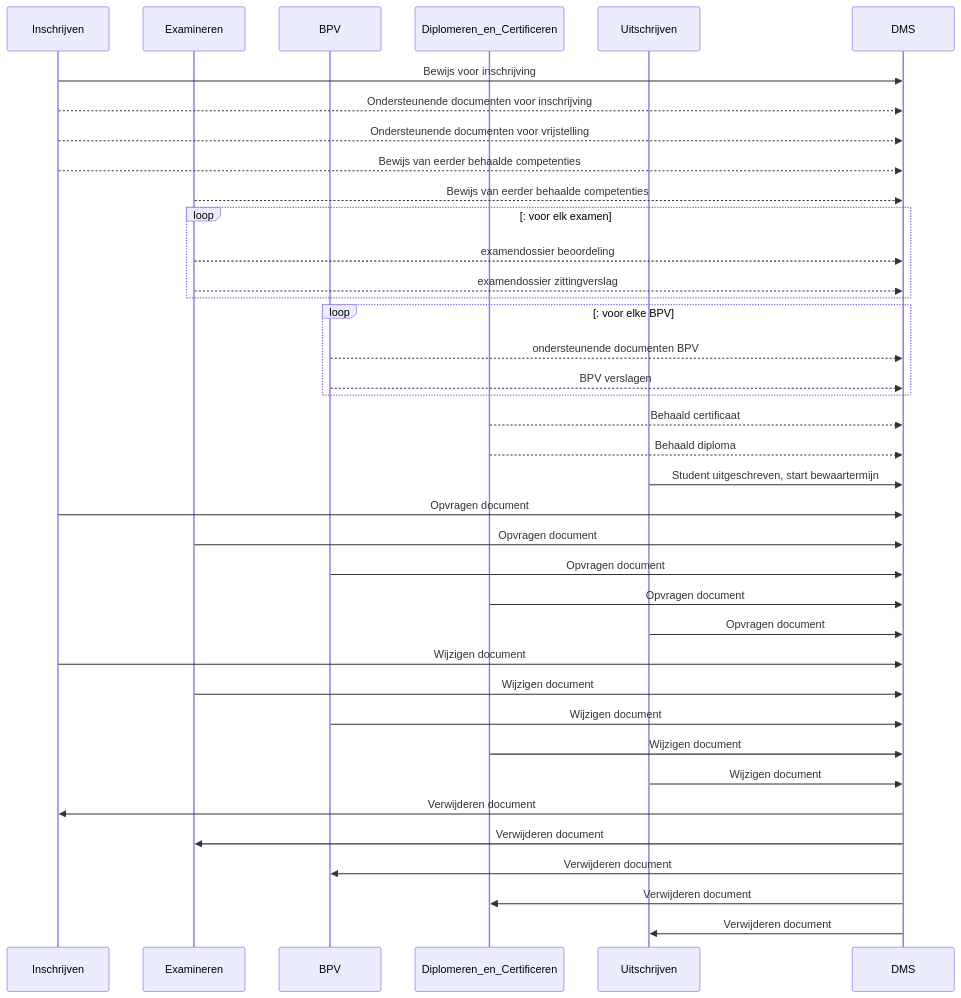
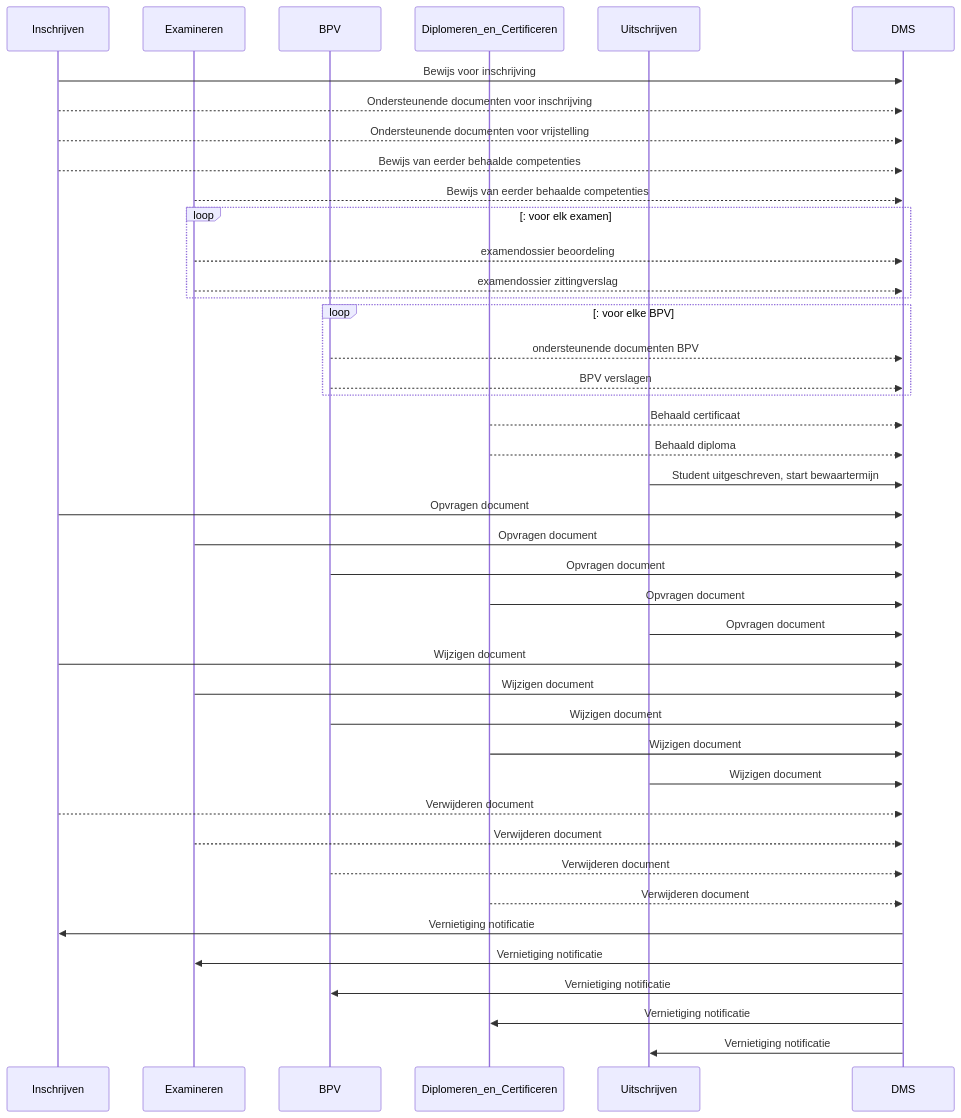
Before and after one commit to Onderwijs-Koppelingen-OKx/OKD-Document-Management: the second of 2 diagrams in README.md, drawn with Mermaid. The commit also changed other lines of this file and 2 other files, not shown here.

Commit message:
Update en voorbeelden

````diff
--- a/README.md
+++ b/README.md
@@ -69,44 +77,47 @@
 ```mermaid
 sequenceDiagram
     Participant Inschrijven
     Participant Examineren
     Participant BPV
     Participant Diplomeren_en_Certificeren
     Participant Uitschrijven
     Participant DMS
 
     Inschrijven->>DMS: Bewijs voor inschrijving
     Inschrijven-->>DMS: Ondersteunende documenten voor inschrijving
     Inschrijven-->>DMS: Ondersteunende documenten voor vrijstelling
     Inschrijven -->> DMS: Bewijs van eerder behaalde competenties
     Examineren -->> DMS: Bewijs van eerder behaalde competenties
     loop: voor elk examen
     Examineren -->> DMS: examendossier beoordeling
     Examineren -->> DMS: examendossier zittingverslag
     end
     loop: voor elke BPV
     BPV -->> DMS: ondersteunende documenten BPV
     BPV -->> DMS: BPV verslagen
     end
     Diplomeren_en_Certificeren -->> DMS: Behaald certificaat
     Diplomeren_en_Certificeren -->> DMS: Behaald diploma
     Uitschrijven ->> DMS: Student uitgeschreven, start bewaartermijn
     Inschrijven->>DMS: Opvragen document
     Examineren->>DMS: Opvragen document
     BPV->>DMS: Opvragen document
     Diplomeren_en_Certificeren->>DMS: Opvragen document
     Uitschrijven->>DMS: Opvragen document
     Inschrijven->>DMS: Wijzigen document
     Examineren->>DMS: Wijzigen document
     BPV->>DMS: Wijzigen document
     Diplomeren_en_Certificeren->>DMS: Wijzigen document
     Uitschrijven->>DMS: Wijzigen document
-    DMS ->> Inschrijven: Verwijderen document
-    DMS ->> Examineren: Verwijderen document
-    DMS ->> BPV: Verwijderen document
-    DMS ->> Diplomeren_en_Certificeren: Verwijderen document
-    DMS ->> Uitschrijven: Verwijderen document
- 
+    Inschrijven -->> DMS: Verwijderen document
+    Examineren -->> DMS: Verwijderen document
+    BPV -->> DMS: Verwijderen document
+    Diplomeren_en_Certificeren -->> DMS: Verwijderen document
+    DMS ->> Inschrijven: Vernietiging notificatie
+    DMS ->> Examineren: Vernietiging notificatie
+    DMS ->> BPV: Vernietiging notificatie
+    DMS ->> Diplomeren_en_Certificeren: Vernietiging notificatie
+    DMS ->> Uitschrijven: Vernietiging notificatie
 
 
 ```
````
